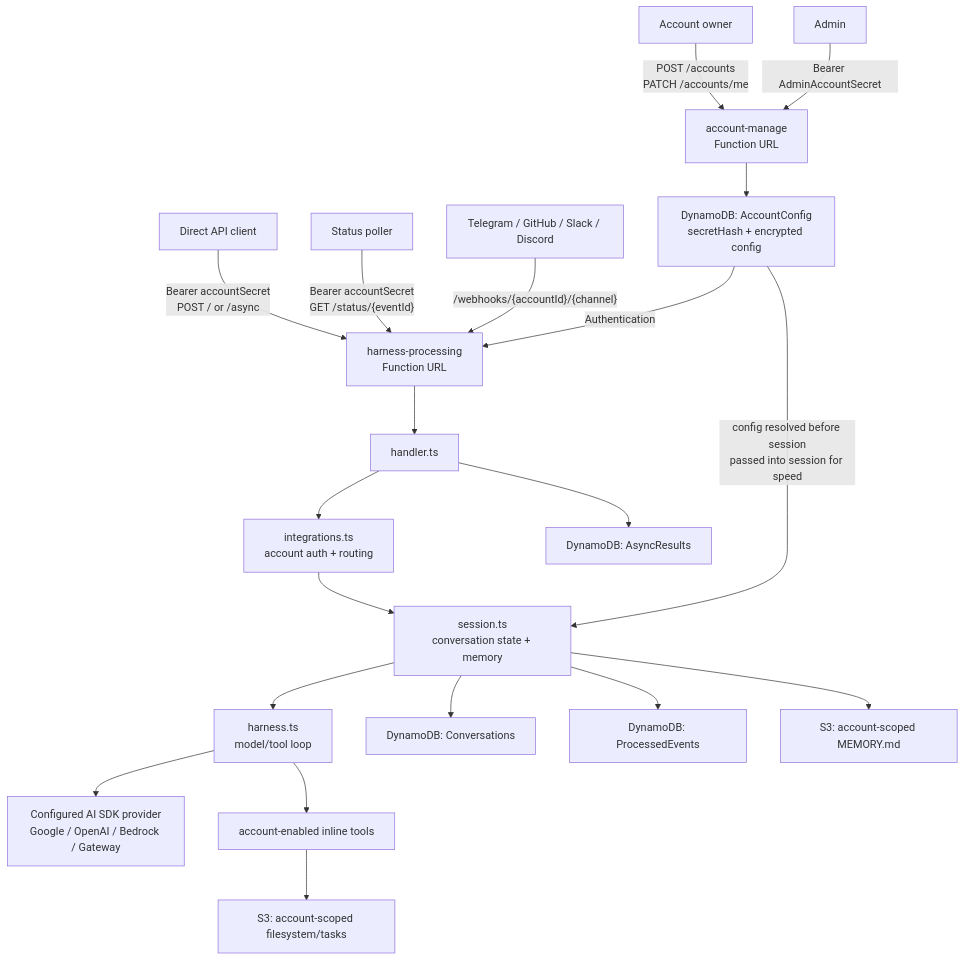
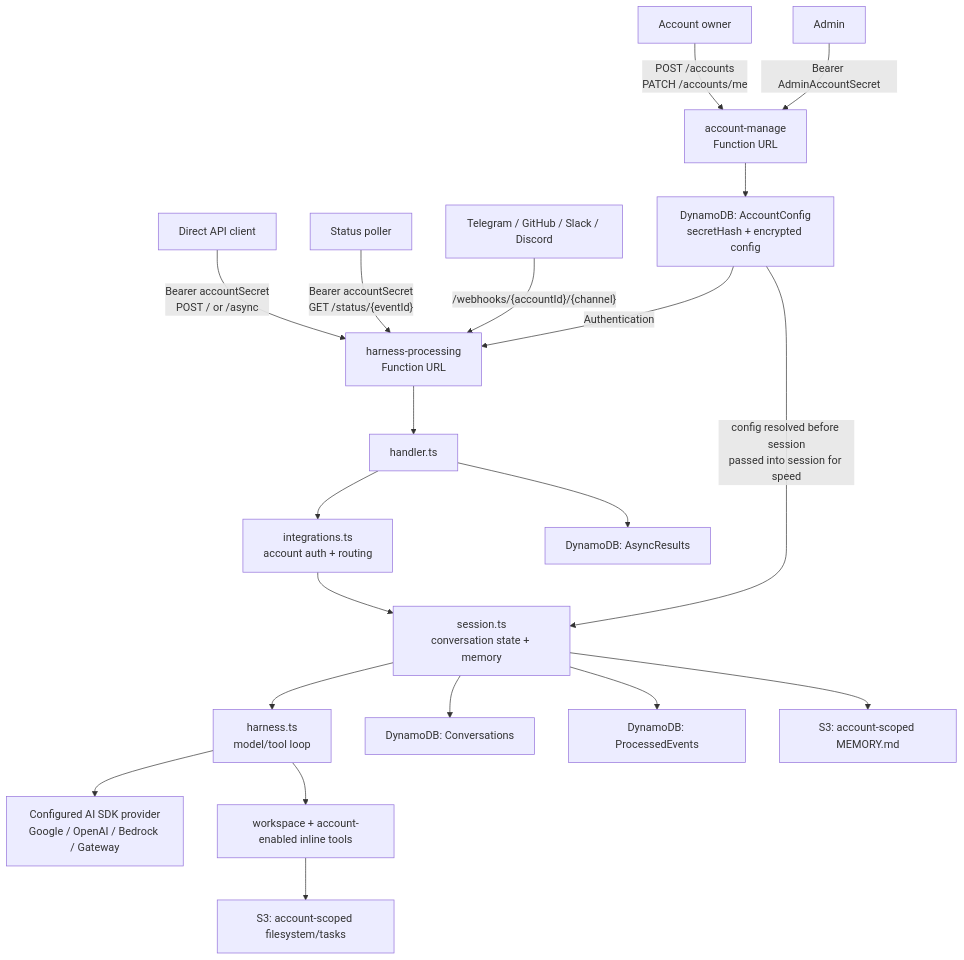
One commit to beeblastco/filthy-panty changed the second of 7 diagrams in docs/architecture.md. Above: the diagram before and after it, drawn with Mermaid. The commit also changed other lines of this file and 36 other files, not shown here.

First line of the commit message:
refactor: workspace config, session management, and tool architecture

````diff
--- a/docs/architecture.md
+++ b/docs/architecture.md
@@ -27,24 +27,24 @@
 ```mermaid
 flowchart TD
   Owner["Account owner"] -->|"POST /accounts<br/>PATCH /accounts/me"| ManageUrl["account-manage<br/>Function URL"]
   Admin["Admin"] -->|"Bearer AdminAccountSecret"| ManageUrl
   Direct["Direct API client"] -->|"Bearer accountSecret<br/>POST / or /async"| HarnessUrl["harness-processing<br/>Function URL"]
   Status["Status poller"] -->|"Bearer accountSecret<br/>GET /status/{eventId}"| HarnessUrl
   Provider["Telegram / GitHub / Slack / Discord"] -->|"/webhooks/{accountId}/{channel}"| HarnessUrl
 
   ManageUrl --> AccountStore["DynamoDB: AccountConfig<br/>secretHash + encrypted config"]
   AccountStore -->|Authentication| HarnessUrl
   HarnessUrl --> Handler["handler.ts"]
   Handler --> Integrations["integrations.ts<br/>account auth + routing"]
   Integrations --> Session["session.ts<br/>conversation state + memory"]
   Session --> Harness["harness.ts<br/>model/tool loop"]
   Harness --> Model["Configured AI SDK provider<br/>Google / OpenAI / Bedrock / Gateway"]
-  Harness --> Tools["account-enabled inline tools"]
+  Harness --> Tools["workspace + account-enabled inline tools"]
 
   Session --> Conversations["DynamoDB: Conversations"]
   Session --> Processed["DynamoDB: ProcessedEvents"]
   AccountStore -->|config resolved before session<br/>passed into session for speed| Session
   Handler --> AsyncResults["DynamoDB: AsyncResults"]
   Session --> Memory["S3: account-scoped MEMORY.md"]
   Tools --> Filesystem["S3: account-scoped filesystem/tasks"]
 ```
````
